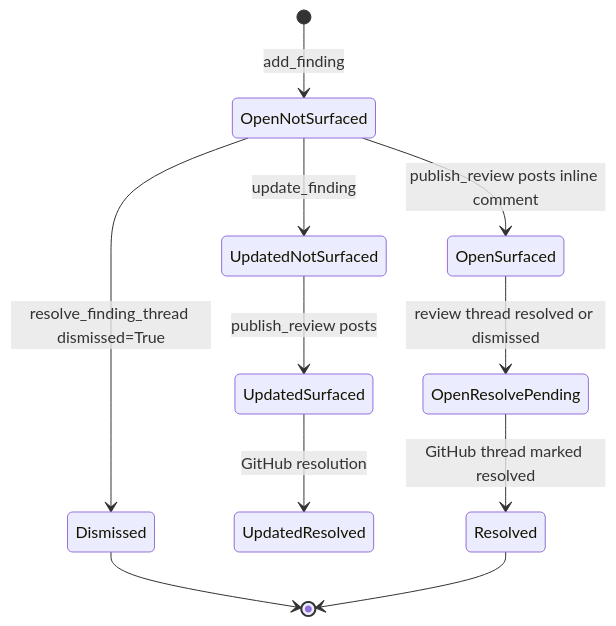
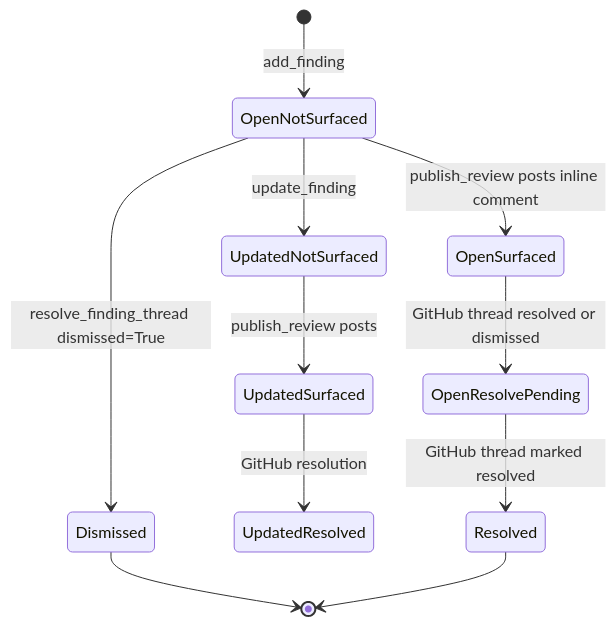
The first of 2 diagrams in openwiki/workflows/pr-review.md (aeteq/open-swe), drawn with Mermaid before and after one commit. The commit also changed other lines of this file and 23 other files, not shown here.

````diff
--- a/openwiki/workflows/pr-review.md
+++ b/openwiki/workflows/pr-review.md
@@ -107,15 +86,15 @@
 ```mermaid
 stateDiagram-v2
   [*] --> OpenNotSurfaced: add_finding
   OpenNotSurfaced --> OpenSurfaced: publish_review posts inline comment
-  OpenSurfaced --> OpenResolvePending: review thread resolved or dismissed
+  OpenSurfaced --> OpenResolvePending: GitHub thread resolved or dismissed
   OpenResolvePending --> Resolved: GitHub thread marked resolved
   
   OpenNotSurfaced --> UpdatedNotSurfaced: update_finding
   UpdatedNotSurfaced --> UpdatedSurfaced: publish_review posts
   UpdatedSurfaced --> UpdatedResolved: GitHub resolution
   
   OpenNotSurfaced --> Dismissed: resolve_finding_thread dismissed=True
   Dismissed --> [*]
   Resolved --> [*]
 ```
````
